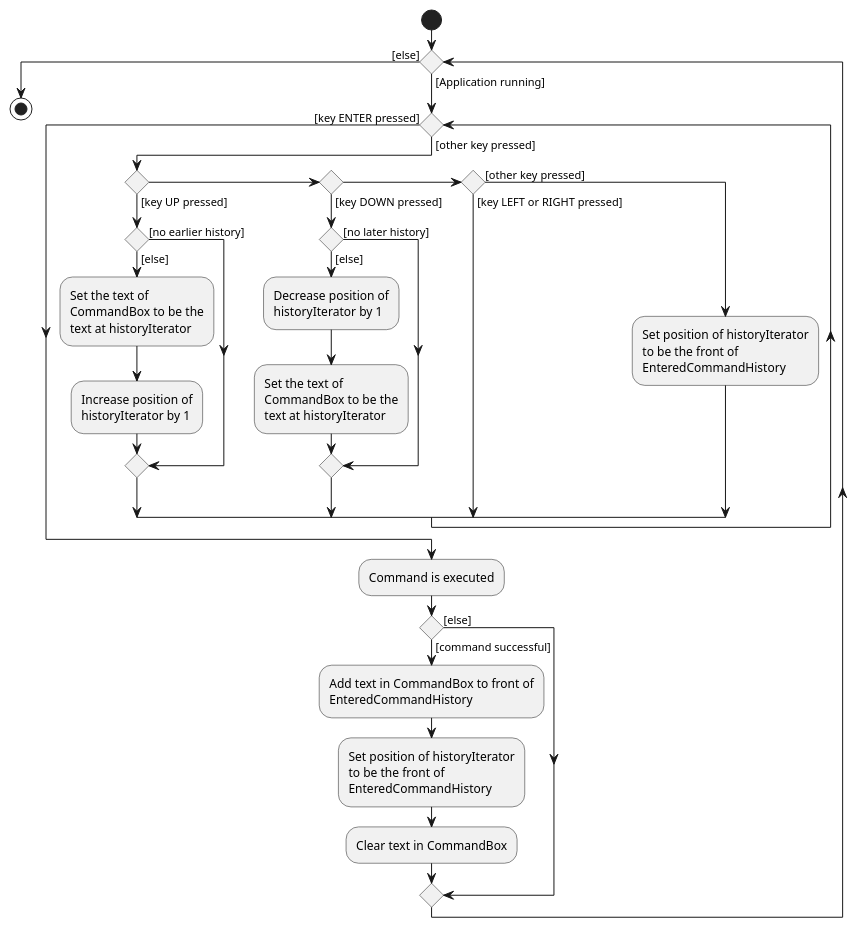
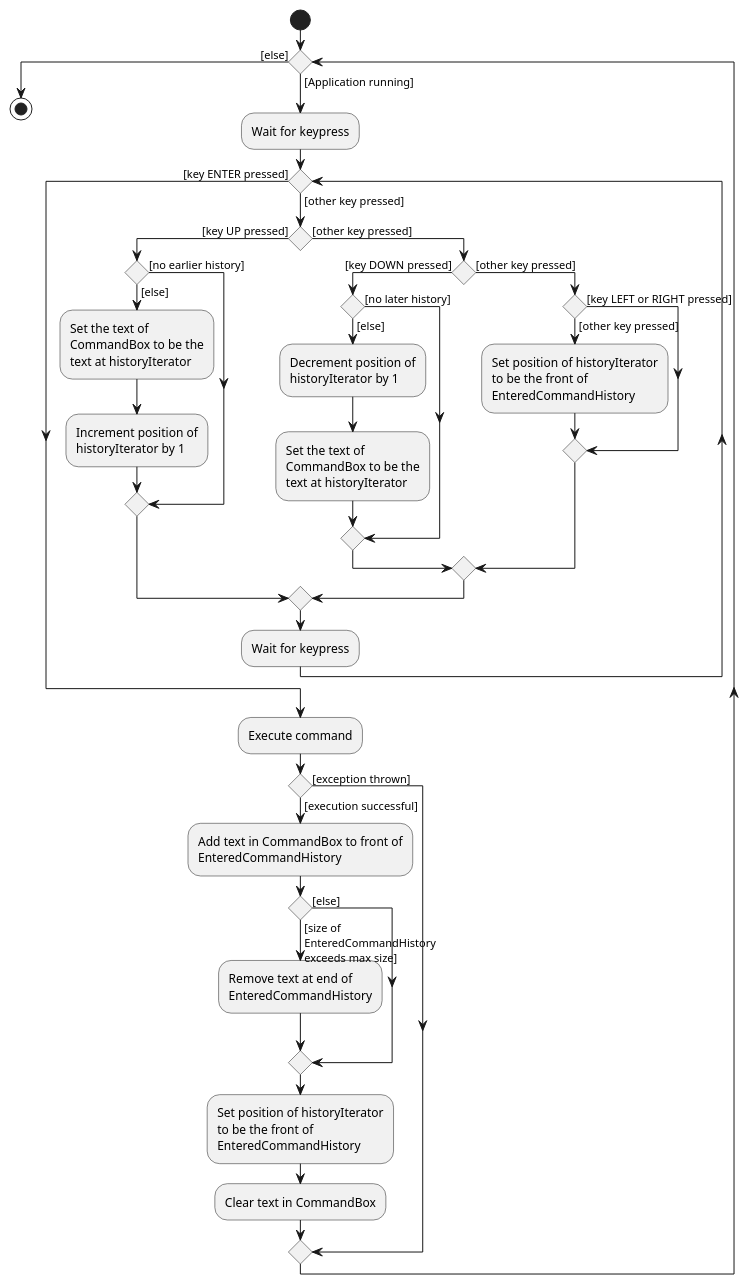
One commit to wxwxwxwx9/main changed the diagram in docs/diagrams/CommandHistoryActivityDiagram.puml. Above: the diagram before and after it, drawn with PlantUML. The commit also changed 2 other files, not shown here.

Commit message:
update history activity

```diff
--- a/docs/diagrams/CommandHistoryActivityDiagram.puml
+++ b/docs/diagrams/CommandHistoryActivityDiagram.puml
@@ -1,46 +1,59 @@
 @startuml
 start
 
 while () is ([Application running])
+    :Wait for keypress;
 
     while () is ([other key pressed])
         if () then ([key UP pressed])
             if () then ([no earlier history])
             else ([else])
                 :Set the text of
                 CommandBox to be the
                 text at historyIterator;
-                :Increase position of
+                :Increment position of
                 historyIterator by 1;
             endif
+        else ([other key pressed])
 
-        else if () then ([key DOWN pressed])
+        if () then ([key DOWN pressed])
             if () then ([no later history])
             else ([else])
-                :Decrease position of
+                :Decrement position of
                 historyIterator by 1;
                 :Set the text of
                 CommandBox to be the
                 text at historyIterator;
             endif
-        else if () then ([key LEFT or RIGHT pressed])
+        else ([other key pressed])
+
+        if () then ([key LEFT or RIGHT pressed])
         else ([other key pressed])
             :Set position of historyIterator
             to be the front of
             EnteredCommandHistory;
+
         endif
+        endif
+        endif
+    :Wait for keypress;
     endwhile ([key ENTER pressed])
 
-  :Command is executed;
-  if () then ([command successful])
+  :Execute command;
+  if () then ([execution successful])
       :Add text in CommandBox to front of
       EnteredCommandHistory;
+      if () then ([size of \nEnteredCommandHistory\nexceeds max size])
+      :Remove text at end of
+      EnteredCommandHistory;
+      else ([else])
+      endif
       :Set position of historyIterator
       to be the front of
       EnteredCommandHistory;
       :Clear text in CommandBox;
-  else ([else])
+  else ([exception thrown])
   endif
 endwhile ([else])
 stop
 @enduml
```
